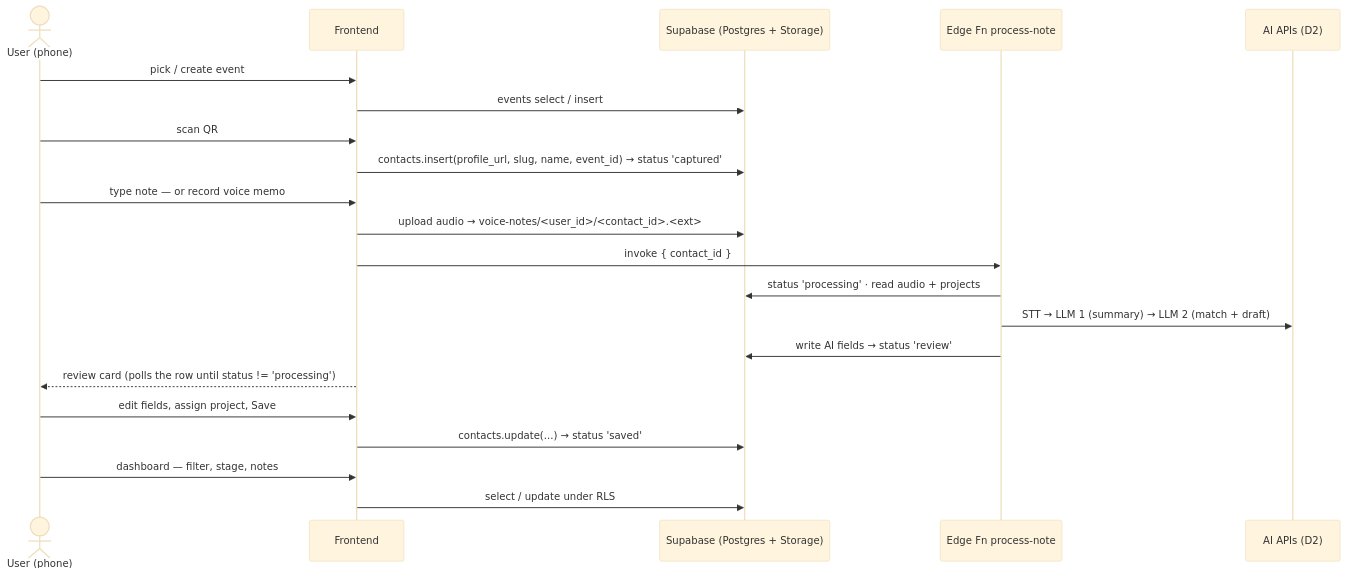
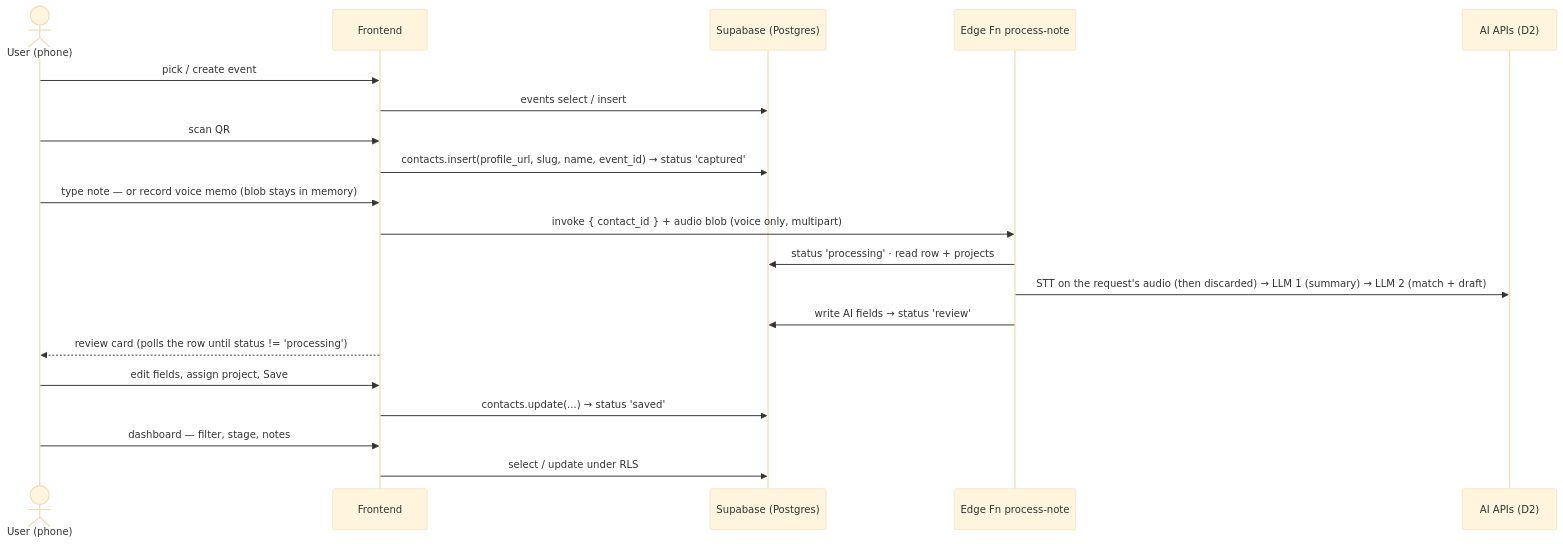
Before and after one commit to NodrrS/bcbt_hackathon: the diagram in docs/BACKEND_BRIEF.md, drawn with Mermaid (base theme). The commit also changed other lines of this file and 10 other files, not shown here.

First line of the commit message:
Decision: audio is never stored — voice memos are transcribe-only

````diff
--- a/docs/BACKEND_BRIEF.md
+++ b/docs/BACKEND_BRIEF.md
@@ -10,23 +10,22 @@
 ```mermaid
 sequenceDiagram
   actor U as User (phone)
   participant FE as Frontend
-  participant SB as Supabase (Postgres + Storage)
+  participant SB as Supabase (Postgres)
   participant FN as Edge Fn process-note
   participant AI as AI APIs (D2)
   U->>FE: pick / create event
   FE->>SB: events select / insert
   U->>FE: scan QR
   FE->>SB: contacts.insert(profile_url, slug, name, event_id) → status 'captured'
-  U->>FE: type note — or record voice memo
-  FE->>SB: upload audio → voice-notes/<user_id>/<contact_id>.<ext>
-  FE->>FN: invoke { contact_id }
-  FN->>SB: status 'processing' · read audio + projects
-  FN->>AI: STT → LLM 1 (summary) → LLM 2 (match + draft)
+  U->>FE: type note — or record voice memo (blob stays in memory)
+  FE->>FN: invoke { contact_id } + audio blob (voice only, multipart)
+  FN->>SB: status 'processing' · read row + projects
+  FN->>AI: STT on the request's audio (then discarded) → LLM 1 (summary) → LLM 2 (match + draft)
   FN->>SB: write AI fields → status 'review'
   FE-->>U: review card (polls the row until status != 'processing')
   U->>FE: edit fields, assign project, Save
   FE->>SB: contacts.update(...) → status 'saved'
   U->>FE: dashboard — filter, stage, notes
   FE->>SB: select / update under RLS
 ```
````
